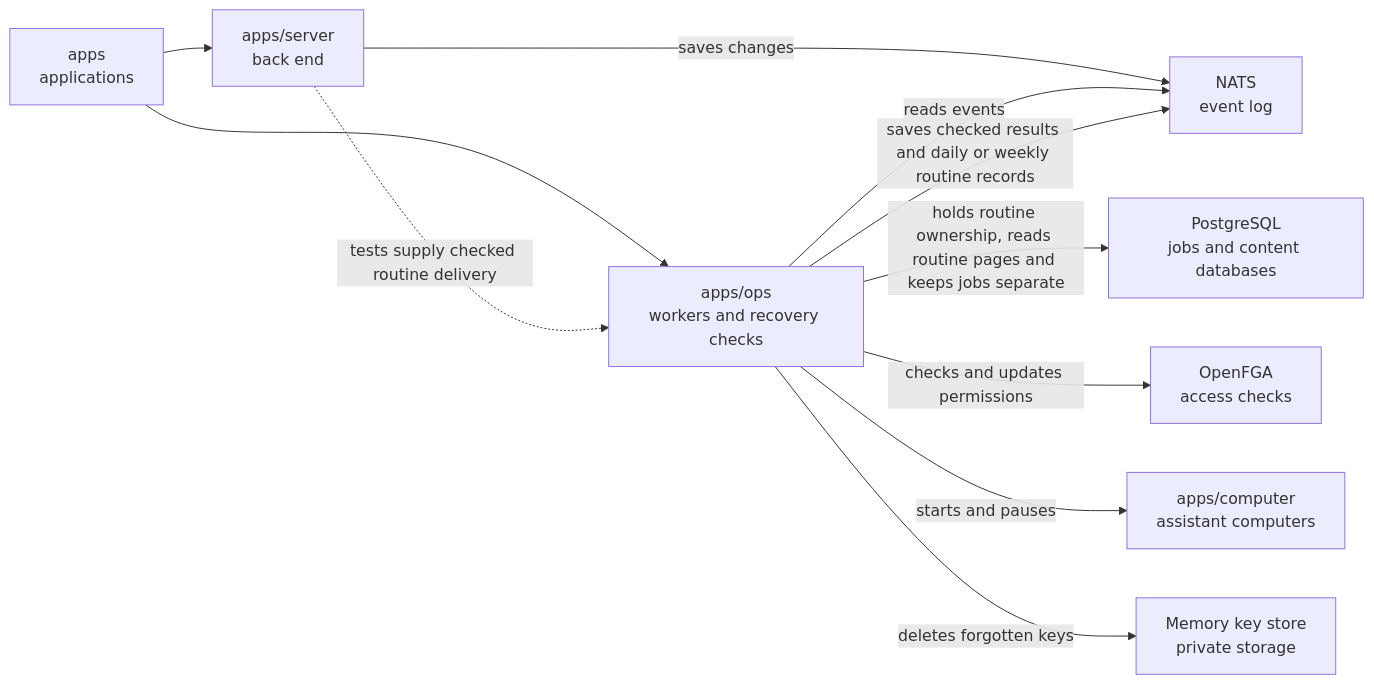
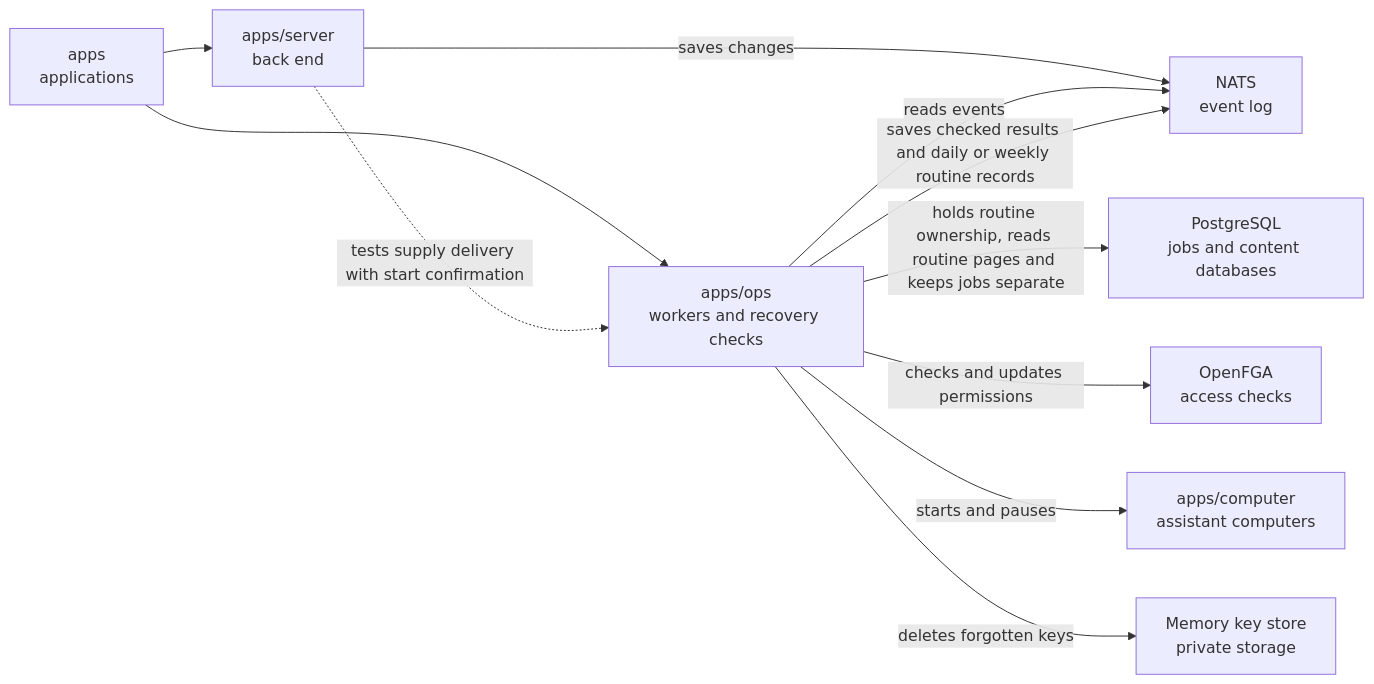
The diagram in apps/ops/README.md (elewa-git/opencrane-new), drawn with Mermaid before and after one commit. The commit also changed other lines of this file and 13 other files, not shown here.

Commit message:
⏱️ Await the checked routine start and acknowledgement before reporting progress

````diff
--- a/apps/ops/README.md
+++ b/apps/ops/README.md
@@ -17,13 +17,13 @@
 ```mermaid
 flowchart LR
   apps["apps<br/>applications"] --> ops["apps/ops<br/>workers and recovery checks"]
   apps --> server["apps/server<br/>back end"]
-  server -.->|tests supply checked routine delivery| ops
+  server -.->|tests supply delivery with start confirmation| ops
   server -->|saves changes| nats["NATS<br/>event log"]
   ops -->|reads events| nats
   ops -->|saves checked results and daily or weekly routine records| nats
   ops -->|holds routine ownership, reads routine pages and keeps jobs separate| pg["PostgreSQL<br/>jobs and content databases"]
   ops -->|checks and updates permissions| fga["OpenFGA<br/>access checks"]
   ops -->|starts and pauses| computer["apps/computer<br/>assistant computers"]
   ops -->|deletes forgotten keys| keys["Memory key store<br/>private storage"]
 ```
````
